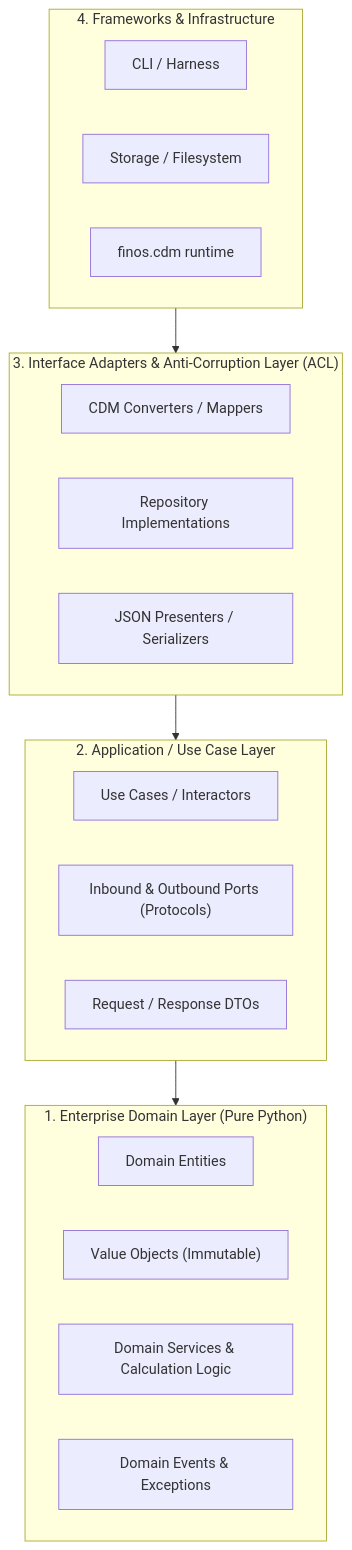
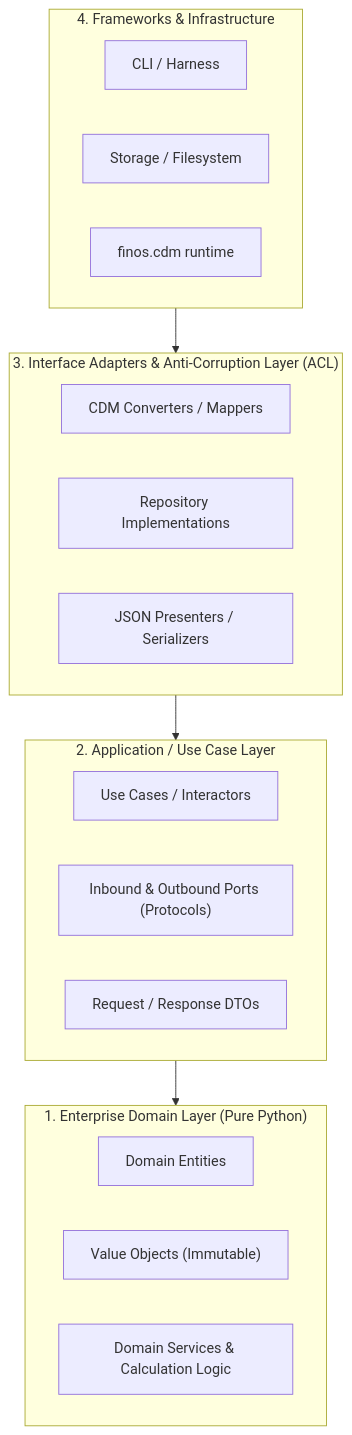
The diagram in .agents/agents/python-clean-architecture-tdd.md (matsuuramasakazu/cdm_workspace), drawn with Mermaid before and after one commit. The commit also changed other lines of this file and 6 other files, not shown here.

````diff
--- a/.agents/agents/python-clean-architecture-tdd.md
+++ b/.agents/agents/python-clean-architecture-tdd.md
@@ -22,28 +22,27 @@
 ```mermaid
 graph TD
     subgraph Infrastructure ["4. Frameworks & Infrastructure"]
         CLI["CLI / Harness"]
         DB["Storage / Filesystem"]
         CDM_LIB["finos.cdm runtime"]
     end
     subgraph Adapters ["3. Interface Adapters & Anti-Corruption Layer (ACL)"]
         CDM_Adapter["CDM Converters / Mappers"]
         Repo_Impl["Repository Implementations"]
         Presenters["JSON Presenters / Serializers"]
     end
     subgraph Application ["2. Application / Use Case Layer"]
         UseCases["Use Cases / Interactors"]
         Ports["Inbound & Outbound Ports (Protocols)"]
         DTOs["Request / Response DTOs"]
     end
     subgraph Domain ["1. Enterprise Domain Layer (Pure Python)"]
         Entities["Domain Entities"]
         ValueObjects["Value Objects (Immutable)"]
         DomainServices["Domain Services & Calculation Logic"]
-        DomainEvents["Domain Events & Exceptions"]
     end
 
     Infrastructure --> Adapters
     Adapters --> Application
     Application --> Domain
 ```
````
